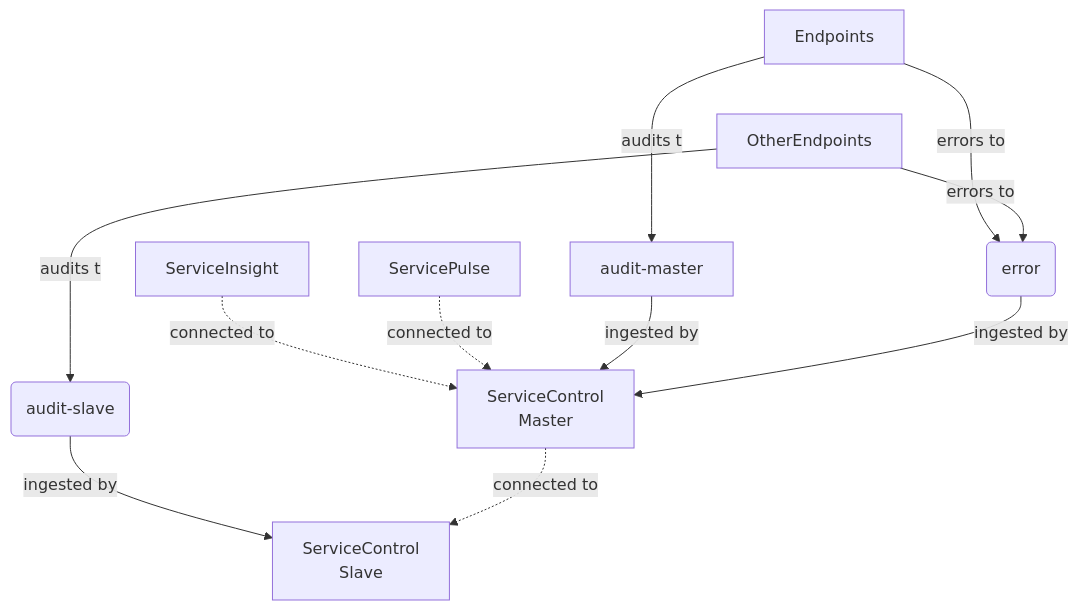
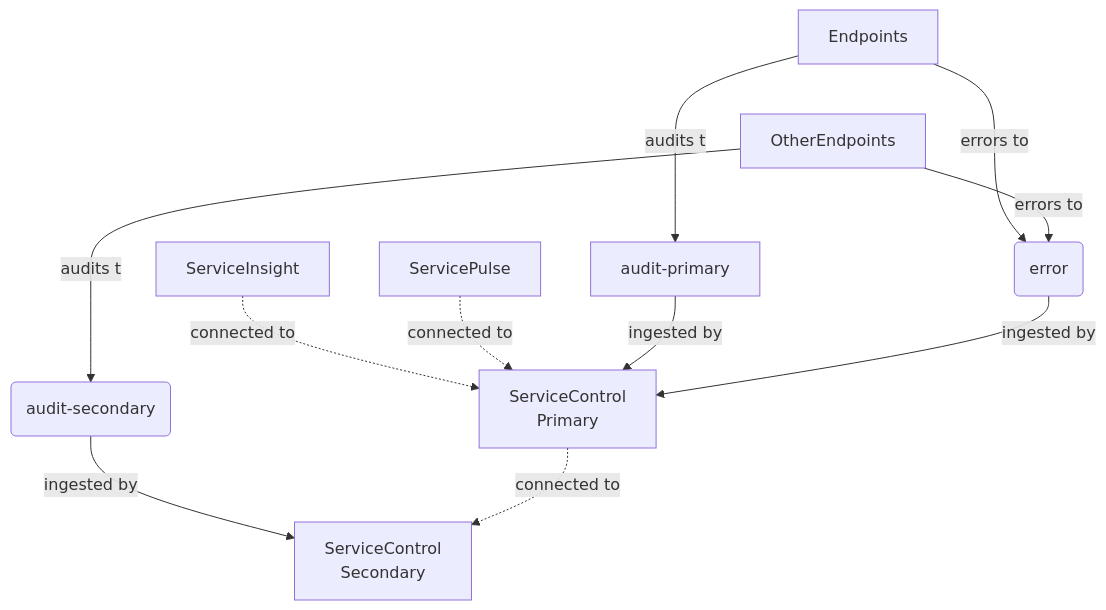
Before and after one commit to Particular/docs.particular.net: the second of 4 diagrams in servicecontrol/servicecontrol-instances/distributed-instances.md, drawn with Mermaid. The commit also changed other lines of this file, not shown here.

Commit message:
Master/slave -> primary/secondary

````diff
--- a/servicecontrol/servicecontrol-instances/distributed-instances.md
+++ b/servicecontrol/servicecontrol-instances/distributed-instances.md
@@ -81,15 +81,15 @@
 ```mermaid
 graph TD
-SI[ServiceInsight] -. connected to .->Master
-SP[ServicePulse] -. connected to .-> Master
-Endpoints -- audits to--> AuditsMain[audit-master]
-OtherEndpoints -- audits to--> AuditsSlave(audit-slave)
+SI[ServiceInsight] -. connected to .->Primary
+SP[ServicePulse] -. connected to .-> Primary
+Endpoints -- audits to--> AuditsMain[audit-primary]
+OtherEndpoints -- audits to--> AuditsSecondary(audit-secondary)
 Endpoints -- errors to --> Errors(error)
 OtherEndpoints -- errors to --> Errors(error)
-Master[ServiceControl<br/>Master]
-Slave[ServiceControl<br/>Slave]
-AuditsMain -- ingested by --> Master
-Errors-- ingested by --> Master
-AuditsSlave -- ingested by --> Slave
-Master -. connected to .-> Slave
+Primary[ServiceControl<br/>Primary]
+Secondary[ServiceControl<br/>Secondary]
+AuditsMain -- ingested by --> Primary
+Errors-- ingested by --> Primary
+AuditsSecondary -- ingested by --> Secondary
+Primary -. connected to .-> Secondary
 ```
````
